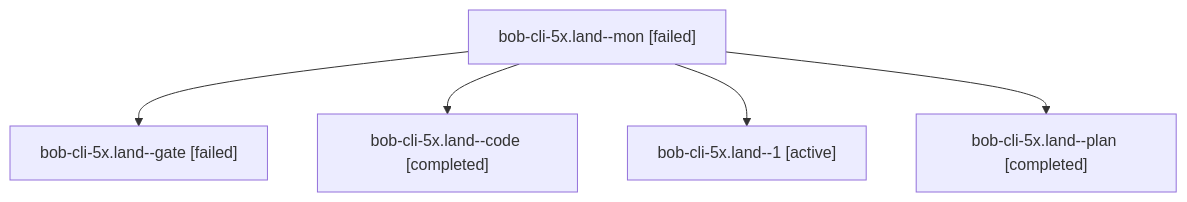
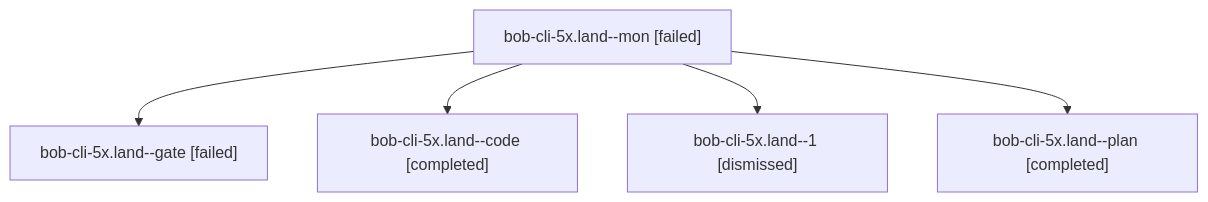
The diagram in sessions/bbugyi200.athena.bob-cli-5x.land.md (bobs-org/bob-cli--agents), drawn with Mermaid before and after one commit. The commit also changed other lines of this file and 103 other files, not shown here.

````diff
--- a/sessions/bbugyi200.athena.bob-cli-5x.land.md
+++ b/sessions/bbugyi200.athena.bob-cli-5x.land.md
@@ -9,12 +9,12 @@
 ```mermaid
 flowchart TD
   n0["bob-cli-5x.land--mon [failed]"]
   n1["bob-cli-5x.land--gate [failed]"]
   n0 --> n1
   n2["bob-cli-5x.land--code [completed]"]
   n0 --> n2
-  n3["bob-cli-5x.land--1 [active]"]
+  n3["bob-cli-5x.land--1 [dismissed]"]
   n0 --> n3
   n4["bob-cli-5x.land--plan [completed]"]
   n0 --> n4
 ```
````
